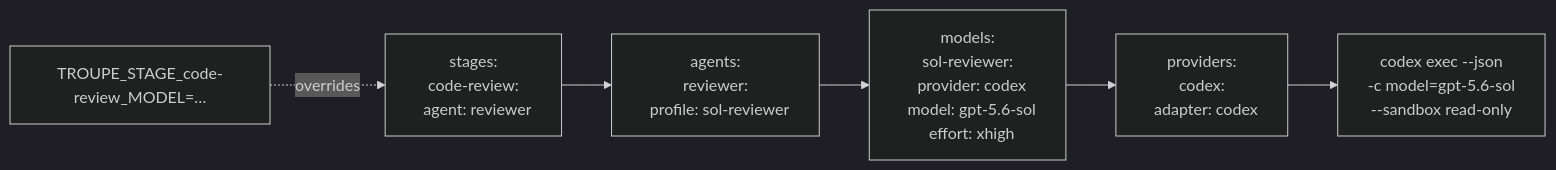
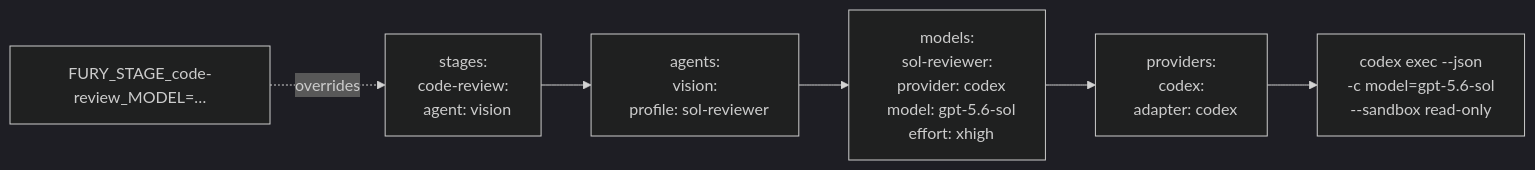
One commit to basant-kumar/assemble changed the second of 3 diagrams in README.md. Above: the diagram before and after it, drawn with Mermaid (dark theme). The commit also changed other lines of this file and 2 other files, not shown here.

Commit message:
docs: MCU theme — fury orchestrator, Avengers roster as agent roles, themed README + config catalog

````diff
--- a/README.md
+++ b/README.md
@@ -55,8 +77,8 @@
 ```mermaid
 flowchart LR
-    S["stages:<br/>code-review:<br/>&nbsp;&nbsp;agent: reviewer"] --> A["agents:<br/>reviewer:<br/>&nbsp;&nbsp;profile: sol-reviewer"]
+    S["stages:<br/>code-review:<br/>&nbsp;&nbsp;agent: vision"] --> A["agents:<br/>vision:<br/>&nbsp;&nbsp;profile: sol-reviewer"]
     A --> M["models:<br/>sol-reviewer:<br/>&nbsp;&nbsp;provider: codex<br/>&nbsp;&nbsp;model: gpt-5.6-sol<br/>&nbsp;&nbsp;effort: xhigh"]
     M --> PR["providers:<br/>codex:<br/>&nbsp;&nbsp;adapter: codex"]
     PR --> CLI["codex exec --json<br/>-c model=gpt-5.6-sol<br/>--sandbox read-only"]
-    ENV["TROUPE_STAGE_code-review_MODEL=…"] -.overrides.-> S
+    ENV["FURY_STAGE_code-review_MODEL=…"] -.overrides.-> S
 ```
````
